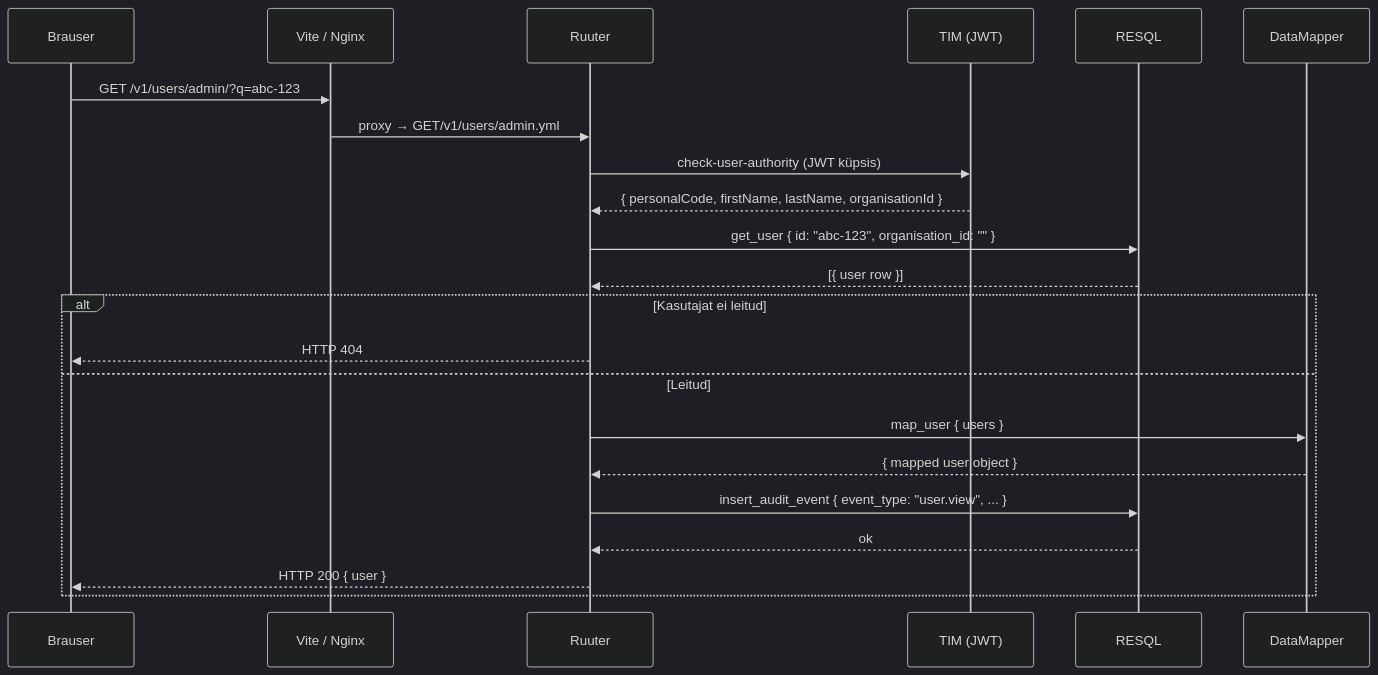
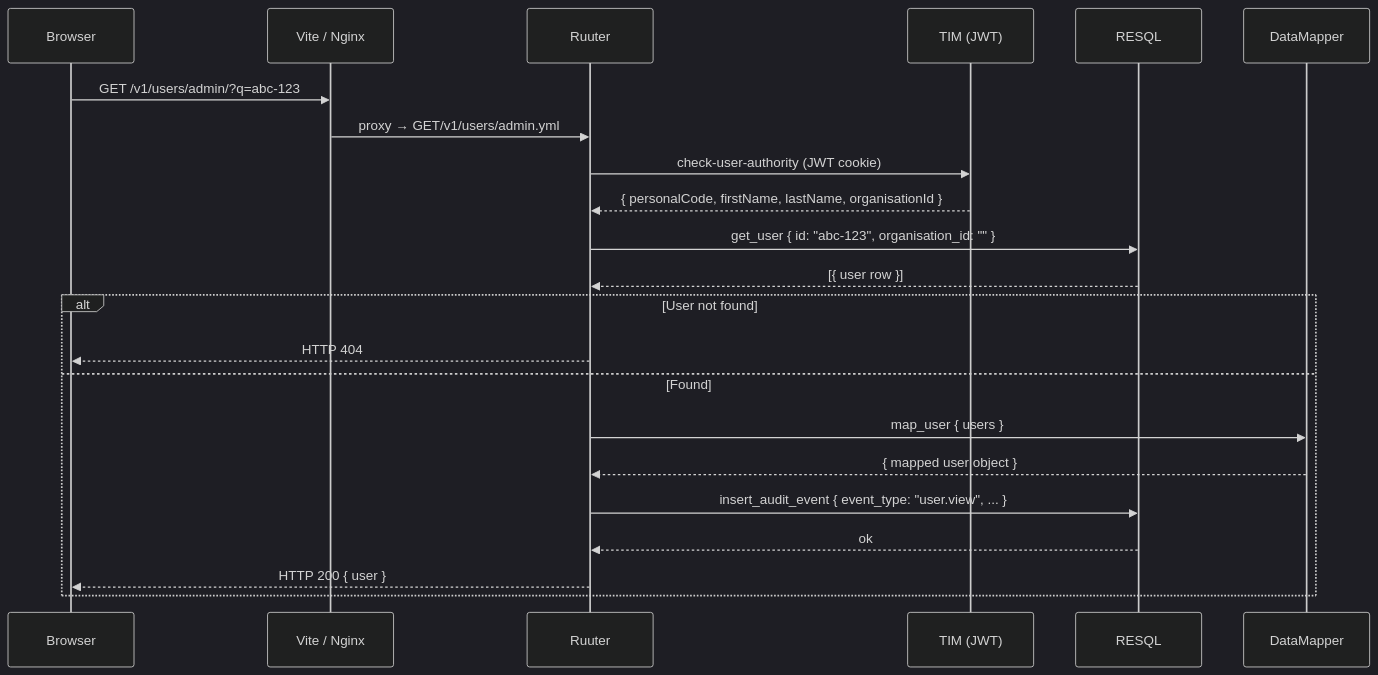
One commit to kemit-ee/ljvis-2 changed the first of 2 diagrams in docs/rest-api-design-guide.md. Above: the diagram before and after it, drawn with Mermaid (dark theme). The commit also changed other lines of this file and 3 other files, not shown here.

First line of the commit message:
docs: architectural decisions (auth, idempotency, concurrency, tracing, hash chain)

````diff
--- a/docs/rest-api-design-guide.md
+++ b/docs/rest-api-design-guide.md
@@ -70,25 +81,25 @@
 ```mermaid
 sequenceDiagram
-    participant B as Brauser
+    participant B as Browser
     participant V as Vite / Nginx
     participant R as Ruuter
     participant T as TIM (JWT)
     participant Q as RESQL
     participant M as DataMapper
 
     B->>V: GET /v1/users/admin/?q=abc-123
     V->>R: proxy → GET/v1/users/admin.yml
-    R->>T: check-user-authority (JWT küpsis)
+    R->>T: check-user-authority (JWT cookie)
     T-->>R: { personalCode, firstName, lastName, organisationId }
     R->>Q: get_user { id: "abc-123", organisation_id: "" }
     Q-->>R: [{ user row }]
-    alt Kasutajat ei leitud
+    alt User not found
         R-->>B: HTTP 404
-    else Leitud
+    else Found
         R->>M: map_user { users }
         M-->>R: { mapped user object }
         R->>Q: insert_audit_event { event_type: "user.view", ... }
         Q-->>R: ok
         R-->>B: HTTP 200 { user }
     end
 ```
````
